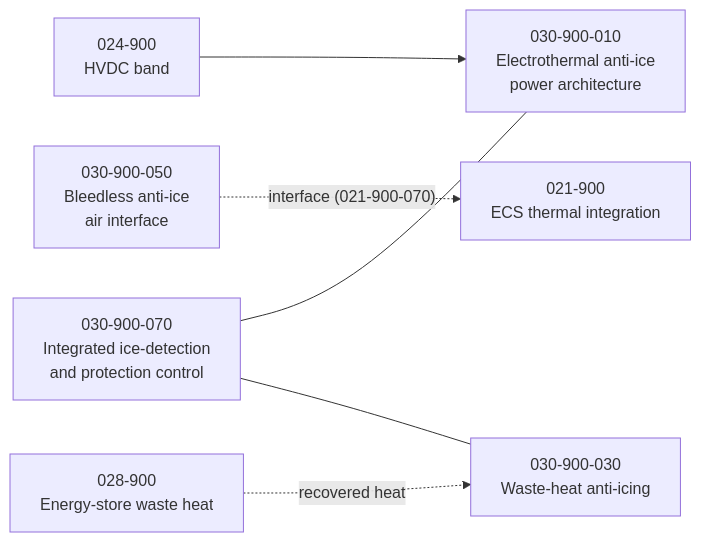
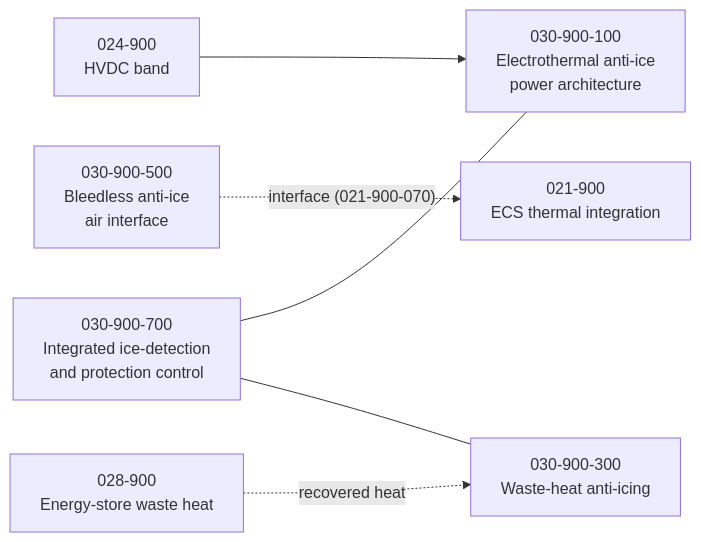
One commit to AmedeoPelliccia/Q-plus-A changed the diagram in 01_OPTIONS_ARCHITECTURE/01-03_TECHNOLOGIES/01-03-01_Q+ATLANTIDE/000-099_S-ATLAS/030-039_Protection-and-Mechanical-Systems/030_Ice-and-Rain-Protection/030-900_Bleedless-Energy-Integrated-Ice-Protection/README.md. Above: the diagram before and after it, drawn with Mermaid. The commit also changed other lines of this file and 85 other files, not shown here.

````diff
--- a/01_OPTIONS_ARCHITECTURE/01-03_TECHNOLOGIES/01-03-01_Q+ATLANTIDE/000-099_S-ATLAS/030-039_Protection-and-Mechanical-Systems/030_Ice-and-Rain-Protection/030-900_Bleedless-Energy-Integrated-Ice-Protection/README.md
+++ b/01_OPTIONS_ARCHITECTURE/01-03_TECHNOLOGIES/01-03-01_Q+ATLANTIDE/000-099_S-ATLAS/030-039_Protection-and-Mechanical-Systems/030_Ice-and-Rain-Protection/030-900_Bleedless-Energy-Integrated-Ice-Protection/README.md
@@ -11,15 +11,15 @@
 ```mermaid
 flowchart LR
   H["024-900<br/>HVDC band"]
-  E["030-900-010<br/>Electrothermal anti-ice<br/>power architecture"]
-  W["030-900-030<br/>Waste-heat anti-icing"]
-  A["030-900-050<br/>Bleedless anti-ice<br/>air interface"]
-  C["030-900-070<br/>Integrated ice-detection<br/>and protection control"]
+  E["030-900-100<br/>Electrothermal anti-ice<br/>power architecture"]
+  W["030-900-300<br/>Waste-heat anti-icing"]
+  A["030-900-500<br/>Bleedless anti-ice<br/>air interface"]
+  C["030-900-700<br/>Integrated ice-detection<br/>and protection control"]
   T["021-900<br/>ECS thermal integration"]
   S["028-900<br/>Energy-store waste heat"]
   H --> E
   S -. "recovered heat" .-> W
   A -. "interface (021-900-070)" .-> T
   C --- E
   C --- W
 ```
````
